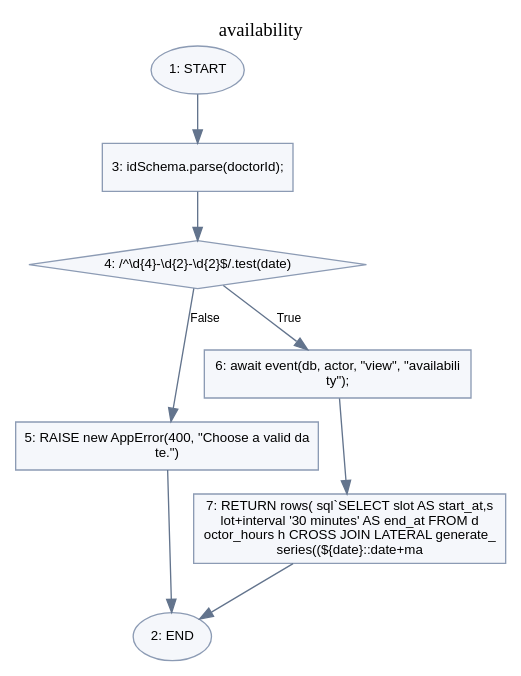
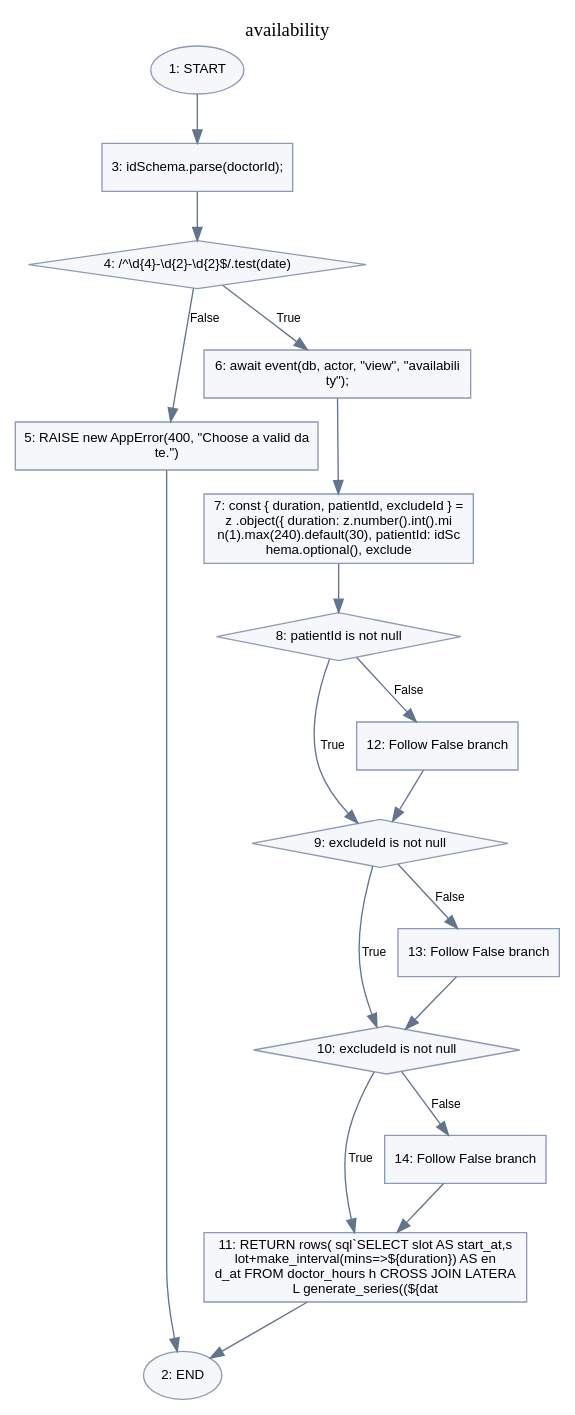
The diagram in docs/diagrams/cfg/availability.dot (starvedsins/practicechart-ehr), drawn with Graphviz before and after one commit. The commit also changed 63 other files, not shown here.

```diff
--- a/docs/diagrams/cfg/availability.dot
+++ b/docs/diagrams/cfg/availability.dot
@@ -1,13 +1,30 @@
 digraph availability { graph [label="availability",labelloc=t,rankdir=TB,bgcolor="white"];node [fontname="Arial",fontsize=10,style=filled,fillcolor="#f5f7fb",color="#8c9bb4"];edge [fontname="Arial",fontsize=9,color="#63748d"];n1[shape=oval,label="1: START"];
 n2[shape=oval,label="2: END"];
 n3[shape=box,label="3: idSchema.parse(doctorId);"];
 n4[shape=diamond,label="4: /^\\d{4}-\\d{2}-\\d{2}$/.test(date)"];
 n5[shape=box,label="5: RAISE new AppError(400, \"Choose a valid da\nte.\")"];
 n6[shape=box,label="6: await event(db, actor, \"view\", \"availabili\nty\");"];
-n7[shape=box,label="7: RETURN rows( sql`SELECT slot AS start_at,s\nlot+interval '30 minutes' AS end_at FROM d\noctor_hours h CROSS JOIN LATERAL generate_\nseries((${date}::date+ma"];n1->n3[label=""];
+n7[shape=box,label="7: const { duration, patientId, excludeId } =\n z .object({ duration: z.number().int().mi\nn(1).max(240).default(30), patientId: idSc\nhema.optional(), exclude"];
+n8[shape=diamond,label="8: patientId is not null"];
+n9[shape=diamond,label="9: excludeId is not null"];
+n10[shape=diamond,label="10: excludeId is not null"];
+n11[shape=box,label="11: RETURN rows( sql`SELECT slot AS start_at,s\nlot+make_interval(mins=>${duration}) AS en\nd_at FROM doctor_hours h CROSS JOIN LATERA\nL generate_series((${dat"];
+n12[shape=box,label="12: Follow False branch"];
+n13[shape=box,label="13: Follow False branch"];
+n14[shape=box,label="14: Follow False branch"];n1->n3[label=""];
 n3->n4[label=""];
 n4->n5[label="False"];
 n5->n2[label=""];
 n4->n6[label="True"];
 n6->n7[label=""];
-n7->n2[label=""];}
+n7->n8[label=""];
+n8->n9[label="True"];
+n8->n12[label="False"];
+n9->n10[label="True"];
+n9->n13[label="False"];
+n10->n11[label="True"];
+n10->n14[label="False"];
+n11->n2[label=""];
+n12->n9[label=""];
+n13->n10[label=""];
+n14->n11[label=""];}
```
